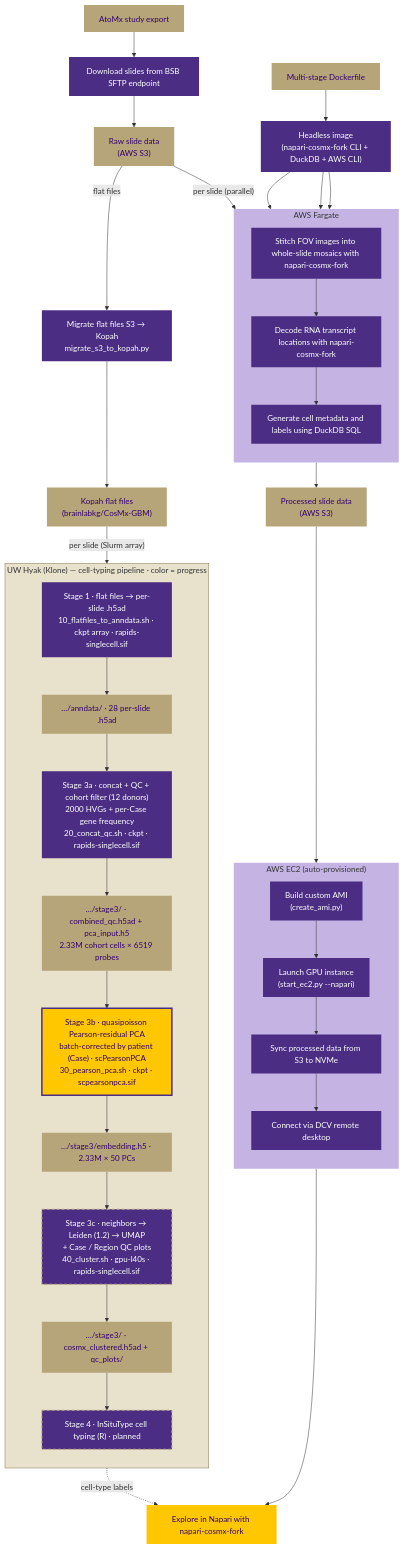
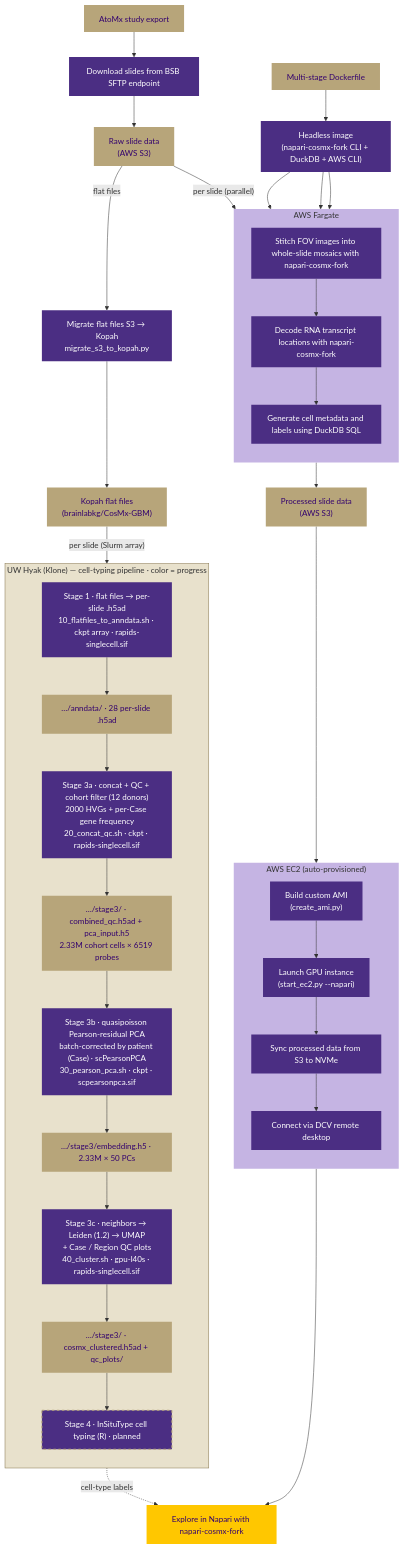
The diagram in README.md (UW-BRaIN-lab/cosmx-utilities), drawn with Mermaid before and after one commit.

Commit message:
README: mark Stage 3b + 3c done (full pipeline ran end-to-end)
Stage 3 completed on the 28-slide cohort: 2.33M cohort cells, 2000 HVGs, 50 PCs,
43 Leiden clusters, with Case/Region/leiden UMAP QC plots on Kopah. Flip the
diagram nodes 3b and 3c from running/todo to done.

````diff
--- a/README.md
+++ b/README.md
@@ -11,73 +11,73 @@
 ```mermaid
 flowchart TD
     classDef action fill:#4b2e83,stroke:none,color:#ffffff
     classDef data fill:#b7a57a,stroke:none,color:#32006e
     classDef viewer fill:#ffc700,stroke:none,color:#32006e
     classDef futureAction fill:#4b2e83,stroke:#b7a57a,stroke-width:2px,stroke-dasharray: 5 5,color:#ffffff
     classDef done fill:#4b2e83,stroke:none,color:#ffffff
     classDef running fill:#ffc700,stroke:#4b2e83,stroke-width:3px,color:#32006e
     classDef todo fill:#4b2e83,stroke:#b7a57a,stroke-width:2px,stroke-dasharray: 5 5,color:#ffffff
 
     style fargate fill:#c5b4e3,stroke:none
     style ec2 fill:#c5b4e3,stroke:none
     style hyak fill:#e8e1cc,stroke:#85754d
 
     atomx["AtoMx study export"]:::data
     sftp["Download slides from BSB SFTP endpoint"]:::action
     s3raw["Raw slide data<br>(AWS S3)"]:::data
     s3out["Processed slide data<br>(AWS S3)"]:::data
     napari["Explore in Napari with napari-cosmx-fork"]:::viewer
 
     dockerfile["Multi-stage Dockerfile"]:::data
     headless["Headless image<br>(napari-cosmx-fork CLI + DuckDB + AWS CLI)"]:::action
 
     dockerfile --> headless
     headless --> stitch
     headless --> targets
     headless --> meta
 
     subgraph fargate["AWS Fargate"]
         direction TB
         stitch["Stitch FOV images into whole-slide mosaics with napari-cosmx-fork"]:::action
         targets["Decode RNA transcript locations with napari-cosmx-fork"]:::action
         meta["Generate cell metadata and labels using DuckDB SQL"]:::action
         stitch --> targets --> meta
     end
 
     subgraph ec2["AWS EC2 (auto-provisioned)"]
         direction TB
         ami["Build custom AMI<br>(create_ami.py)"]:::action
         launch["Launch GPU instance<br>(start_ec2.py --napari)"]:::action
         sync["Sync processed data from S3 to NVMe"]:::action
         dcv["Connect via DCV remote desktop"]:::action
         ami --> launch --> sync --> dcv
     end
 
     migrate["Migrate flat files S3 → Kopah<br>migrate_s3_to_kopah.py"]:::done
     kopahflat["Kopah flat files<br>(brainlabkg/CosMx-GBM)"]:::data
 
     subgraph hyak["UW Hyak (Klone) — cell-typing pipeline · color = progress"]
         direction TB
         stage1["Stage 1 · flat files → per-slide .h5ad<br>10_flatfiles_to_anndata.sh · ckpt array · rapids-singlecell.sif"]:::done
         anndata["…/anndata/ · 28 per-slide .h5ad"]:::data
         stage3a["Stage 3a · concat + QC + cohort filter (12 donors)<br>2000 HVGs + per-Case gene frequency<br>20_concat_qc.sh · ckpt · rapids-singlecell.sif"]:::done
         combined["…/stage3/ · combined_qc.h5ad + pca_input.h5<br>2.33M cohort cells × 6519 probes"]:::data
-        stage3b["Stage 3b · quasipoisson Pearson-residual PCA<br>batch-corrected by patient (Case) · scPearsonPCA<br>30_pearson_pca.sh · ckpt · scpearsonpca.sif"]:::running
+        stage3b["Stage 3b · quasipoisson Pearson-residual PCA<br>batch-corrected by patient (Case) · scPearsonPCA<br>30_pearson_pca.sh · ckpt · scpearsonpca.sif"]:::done
         embedding["…/stage3/embedding.h5 · 2.33M × 50 PCs"]:::data
-        stage3c["Stage 3c · neighbors → Leiden (1.2) → UMAP<br>+ Case / Region QC plots<br>40_cluster.sh · gpu-l40s · rapids-singlecell.sif"]:::todo
+        stage3c["Stage 3c · neighbors → Leiden (1.2) → UMAP<br>+ Case / Region QC plots<br>40_cluster.sh · gpu-l40s · rapids-singlecell.sif"]:::done
         clustered["…/stage3/ · cosmx_clustered.h5ad + qc_plots/"]:::data
         stage4["Stage 4 · InSituType cell typing (R) · planned"]:::todo
         stage1 --> anndata --> stage3a --> combined --> stage3b --> embedding --> stage3c --> clustered --> stage4
     end
 
     atomx --> sftp
     sftp --> s3raw
     s3raw -- per slide (parallel) --> stitch
     meta --> s3out
     s3raw -- flat files --> migrate
     migrate --> kopahflat
     kopahflat -- per slide (Slurm array) --> stage1
     clustered -.->|cell-type labels| napari
     s3out --> launch
     dcv --> napari
 ```
````
